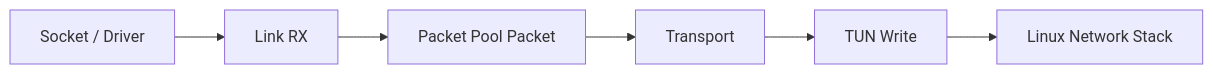
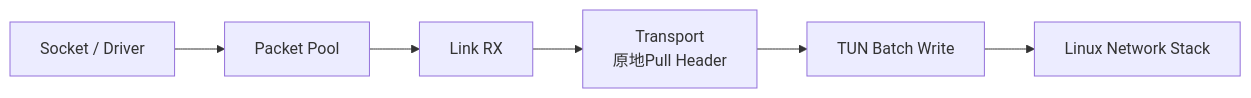
Before and after one commit to wnd443724421-cell/linkg: the third of 5 diagrams in linkg-project-plan/LinkG项目具体落实方案_模块化/02-M02-Packet与数据包资源管理.md, drawn with Mermaid. The commit also changed other lines of this file, not shown here.

Commit message:
docs: rewrite M02 as finalized packet design

````diff
--- a/linkg-project-plan/LinkG项目具体落实方案_模块化/02-M02-Packet与数据包资源管理.md
+++ b/linkg-project-plan/LinkG项目具体落实方案_模块化/02-M02-Packet与数据包资源管理.md
@@ -448,8 +526,8 @@
 ```mermaid
 flowchart LR
-    NET[Socket / Driver] --> LINK[Link RX]
-    LINK --> P[Packet Pool Packet]
-    P --> TRANS[Transport]
-    TRANS --> TUN[TUN Write]
+    NET[Socket / Driver] --> P[Packet Pool]
+    P --> LINK[Link RX]
+    LINK --> TRANS[Transport<br/>原地Pull Header]
+    TRANS --> TUN[TUN Batch Write]
     TUN --> KERNEL[Linux Network Stack]
 ```
````
